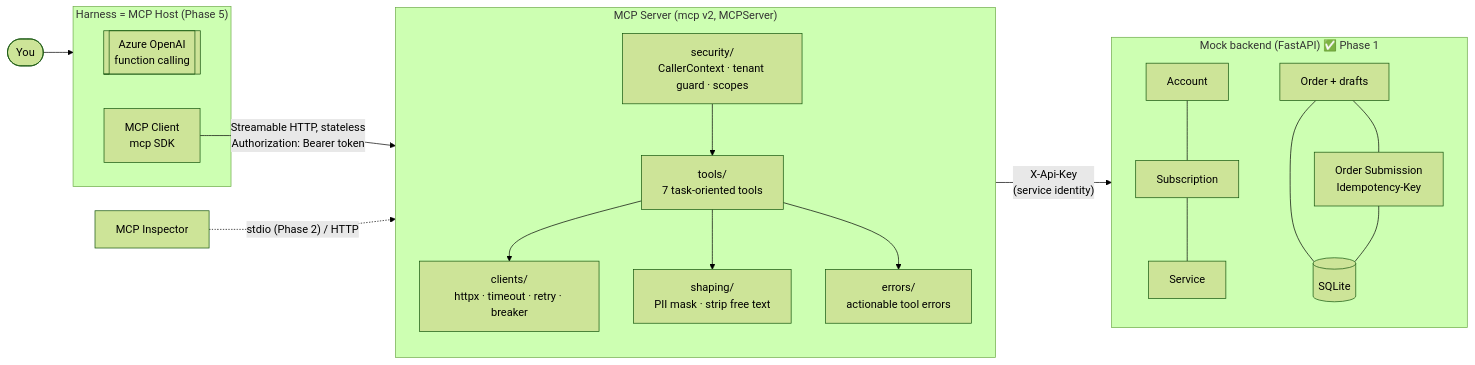
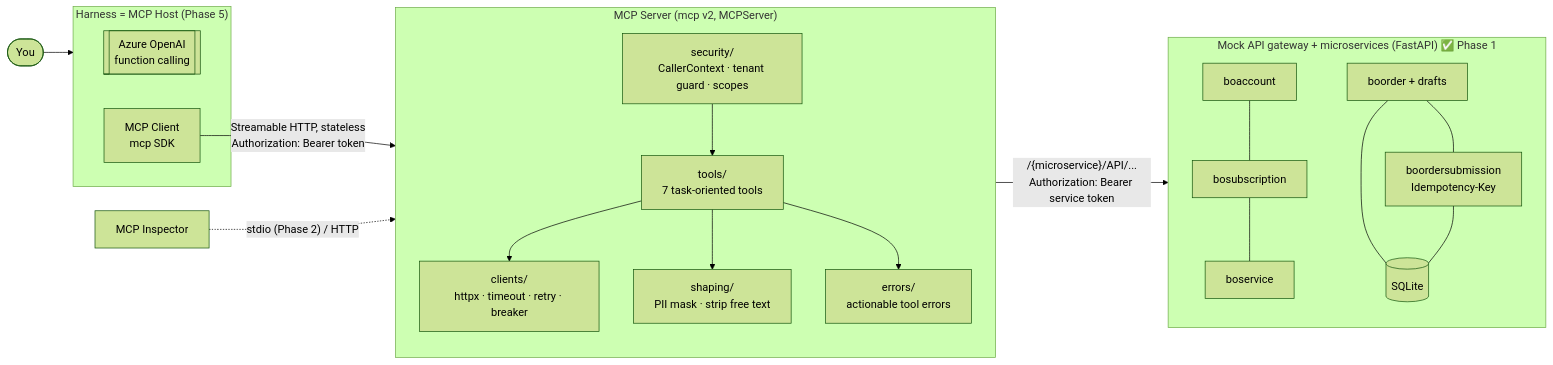
The diagram in README.md (teja1989/Intel-Inteligence-mcp), drawn with Mermaid (forest theme) before and after one commit. The commit also changed other lines of this file and 25 other files, not shown here.

First line of the commit message:
Phase 1 rework: route domain APIs through a mock API gateway

````diff
--- a/README.md
+++ b/README.md
@@ -56,29 +56,29 @@
 ```mermaid
 flowchart LR
     U([You]) --> H
     subgraph H["Harness = MCP Host (Phase 5)"]
         AOAI[[Azure OpenAI<br/>function calling]]
         MC[MCP Client<br/>mcp SDK]
     end
     MC -- "Streamable HTTP, stateless<br/>Authorization: Bearer token" --> S
     I[MCP Inspector] -. "stdio (Phase 2) / HTTP" .-> S
     subgraph S["MCP Server (mcp v2, MCPServer)"]
         direction TB
         SEC["security/<br/>CallerContext · tenant guard · scopes"]
         T["tools/<br/>7 task-oriented tools"]
         SH["shaping/<br/>PII mask · strip free text"]
         E["errors/<br/>actionable tool errors"]
         CL["clients/<br/>httpx · timeout · retry · breaker"]
         SEC --> T --> CL
         T --> SH
         T --> E
     end
-    CL -- "X-Api-Key<br/>(service identity)" --> B
-    subgraph B["Mock backend (FastAPI) ✅ Phase 1"]
-        A1[Account] --- A2[Subscription] --- A3[Service]
-        A4[Order + drafts] --- A5[Order Submission<br/>Idempotency-Key]
+    CL -- "/{microservice}/API/...<br/>Authorization: Bearer service token" --> B
+    subgraph B["Mock API gateway + microservices (FastAPI) ✅ Phase 1"]
+        A1[boaccount] --- A2[bosubscription] --- A3[boservice]
+        A4[boorder + drafts] --- A5[boordersubmission<br/>Idempotency-Key]
         DB[(SQLite)]
         A4 --- DB
         A5 --- DB
     end
 ```
````
